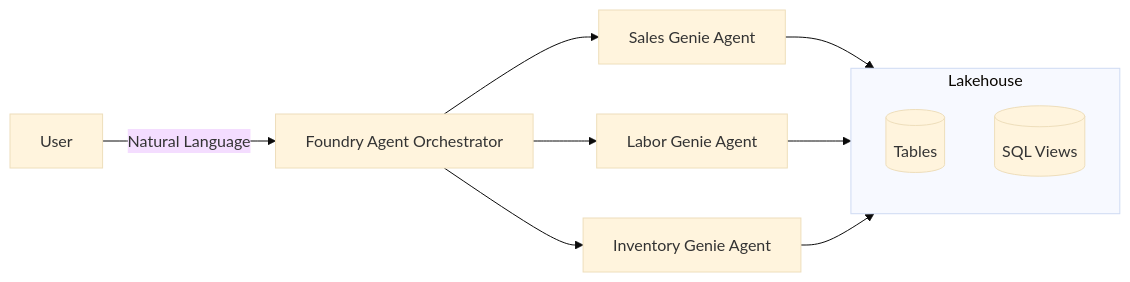
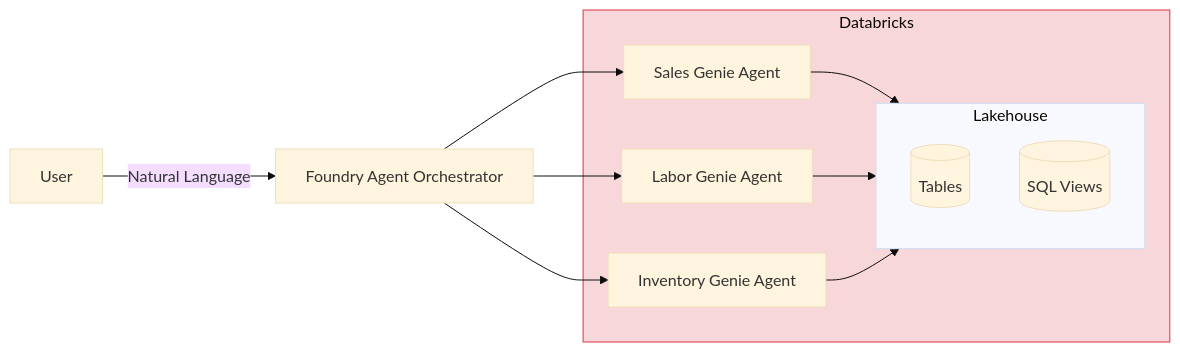
The third of 3 diagrams in README.md (pooja109/retail-store-intelligence), drawn with Mermaid (base theme) before and after one commit. The commit also changed other lines of this file, not shown here.

````diff
--- a/README.md
+++ b/README.md
@@ -65,14 +74,20 @@
 ```mermaid
 graph LR
     User -->|Natural Language| FA[Foundry Agent Orchestrator]
     FA --> SG[Sales Genie Agent]
     FA --> LG[Labor Genie Agent]
     FA --> IG[Inventory Genie Agent]
     SG --> LH
     LG --> LH
     IG --> LH
-    subgraph LH[Lakehouse]
-        Tables[(Tables)]
-        Views[(SQL Views)]
+    subgraph Databricks
+        SG
+        LG
+        IG
+        subgraph LH[Lakehouse]
+            Tables[(Tables)]
+            Views[(SQL Views)]
+        end
     end
+    style Databricks fill:#f8d7da,stroke:#dc3545
 ```
````
